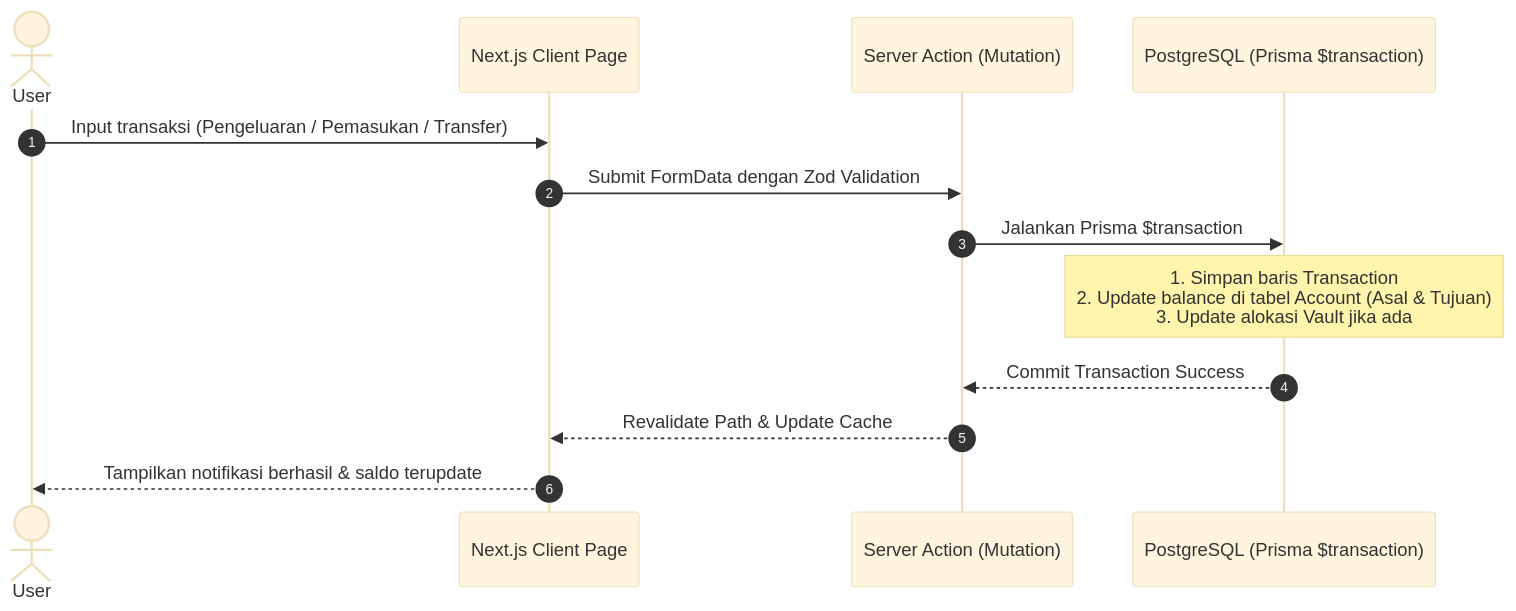
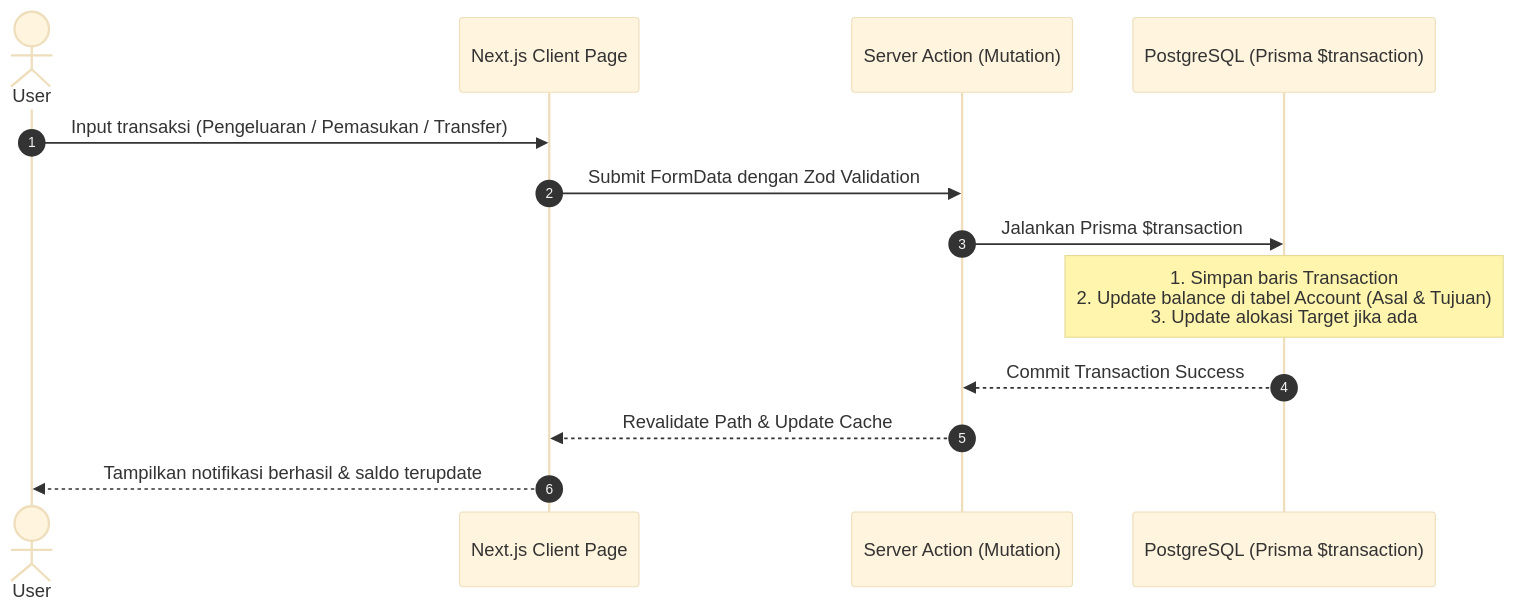
The second of 4 diagrams in docs/ARCHITECTURE.md (Haerulanwar05/finance-tracker), drawn with Mermaid (base theme) before and after one commit. The commit also changed other lines of this file and 97 other files, not shown here.

````diff
--- a/docs/ARCHITECTURE.md
+++ b/docs/ARCHITECTURE.md
@@ -54,16 +57,16 @@
 ```mermaid
 sequenceDiagram
     autonumber
     actor U as User
     participant UI as Next.js Client Page
     participant SA as Server Action (Mutation)
     participant DB as PostgreSQL (Prisma $transaction)
 
     U->>UI: Input transaksi (Pengeluaran / Pemasukan / Transfer)
     UI->>SA: Submit FormData dengan Zod Validation
     SA->>DB: Jalankan Prisma $transaction
-    Note over DB: 1. Simpan baris Transaction<br/>2. Update balance di tabel Account (Asal & Tujuan)<br/>3. Update alokasi Vault jika ada
+    Note over DB: 1. Simpan baris Transaction<br/>2. Update balance di tabel Account (Asal & Tujuan)<br/>3. Update alokasi Target jika ada
     DB-->>SA: Commit Transaction Success
     SA-->>UI: Revalidate Path & Update Cache
     UI-->>U: Tampilkan notifikasi berhasil & saldo terupdate
 ```
````
